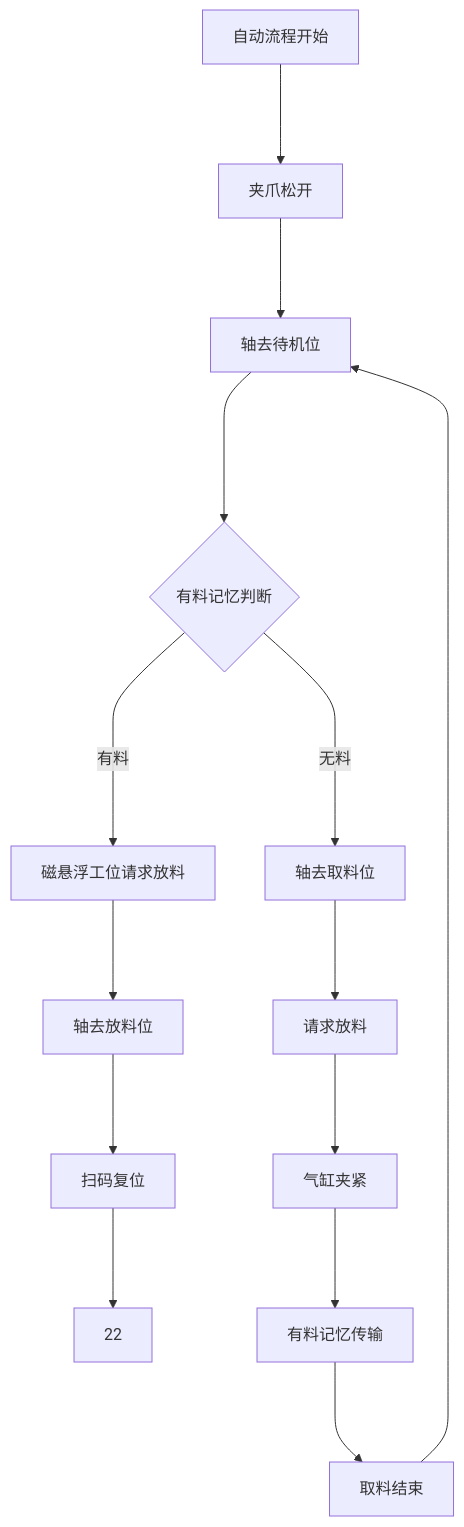
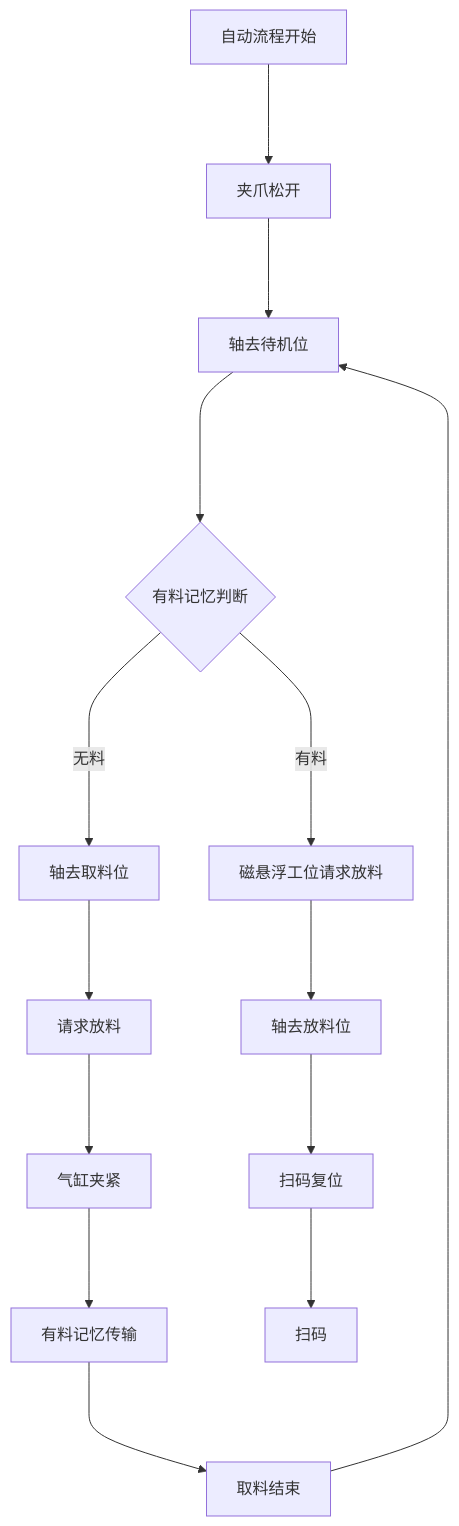
The diagram in all/OP70工位8插载具左工位.md (zmq000/iodraw-files), drawn with Mermaid before and after one commit.

Commit message:
2026-06-17 18:43:18 update

````diff
--- a/all/OP70工位8插载具左工位.md
+++ b/all/OP70工位8插载具左工位.md
@@ -1,16 +1,17 @@
 ```mermaid
 graph TD
 自动流程开始--->10
 10[夹爪松开]--->20
 20[轴去待机位]---->30
 30{有料记忆判断}---->|无料|100
 30---->|有料|200
 100[轴去取料位]--->110
 110[请求放料]--->120
 120[气缸夹紧]--->130
 130[有料记忆传输]--->140
 140[取料结束]---->20
 200[磁悬浮工位请求放料]--->210
 210[轴去放料位]--->215
-215[扫码复位]--->22
+215[扫码复位]--->220
+220[扫码]
 ```
````
